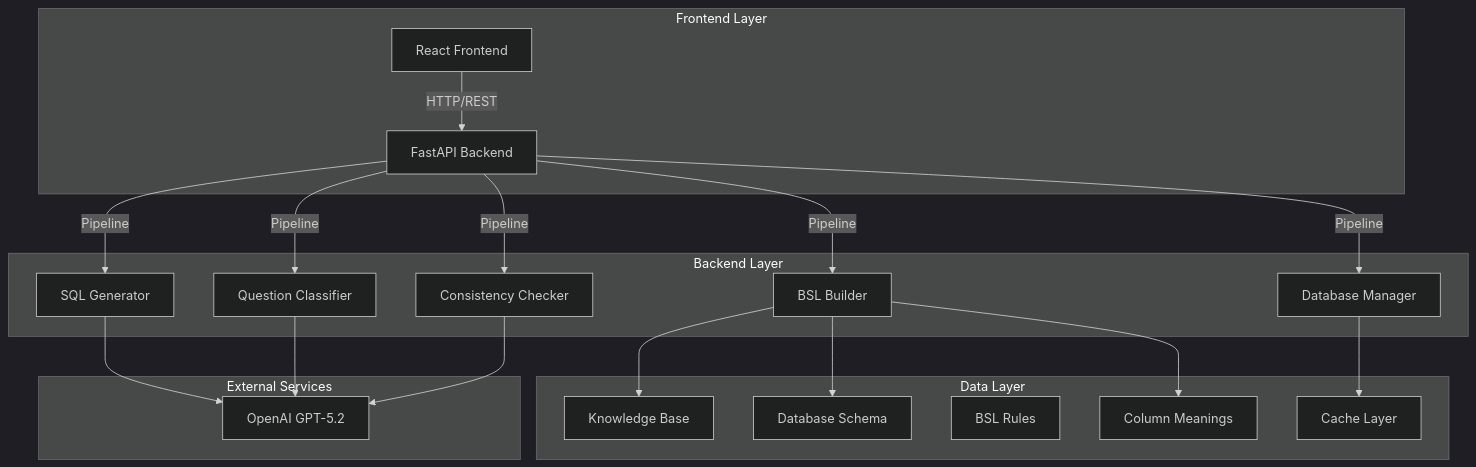
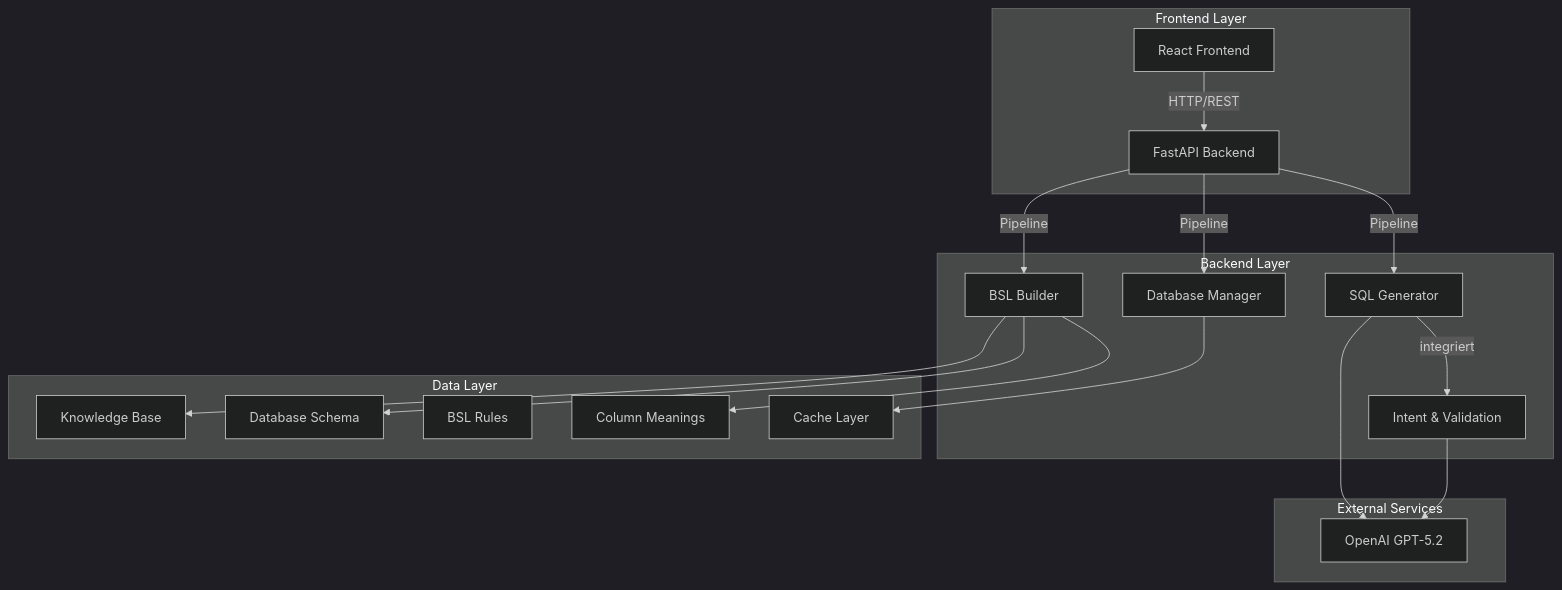
Before and after one commit to JoelRai07/Projekt-Vetter-SQL: the first of 5 diagrams in docs/PROJEKT_ABGABE.md, drawn with Mermaid (dark theme). The commit also changed other lines of this file and 6 other files, not shown here.

````diff
--- a/docs/PROJEKT_ABGABE.md
+++ b/docs/PROJEKT_ABGABE.md
@@ -93,35 +93,33 @@
 ```mermaid
 graph TB
     subgraph "Frontend Layer"
         UI[React Frontend]
         UI --> |HTTP/REST| API[FastAPI Backend]
     end
     
     subgraph "Backend Layer"
-        API --> |Pipeline| QC[Question Classifier]
         API --> |Pipeline| BB[BSL Builder]
         API --> |Pipeline| SG[SQL Generator]
-        API --> |Pipeline| CC[Consistency Checker]
         API --> |Pipeline| DM[Database Manager]
+        SG --> |integriert| INT[Intent & Validation]
     end
     
     subgraph "Data Layer"
         KB[Knowledge Base]
         SCHEMA[Database Schema]
         BSL_FILE[BSL Rules]
         MEANINGS[Column Meanings]
         CACHE[Cache Layer]
     end
     
     subgraph "External Services"
         LLM[OpenAI GPT-5.2]
     end
     
     SG --> LLM
+    INT --> LLM
     BB --> KB
     BB --> SCHEMA
     BB --> MEANINGS
     DM --> CACHE
-    QC --> LLM
-    CC --> LLM
 ```
````
